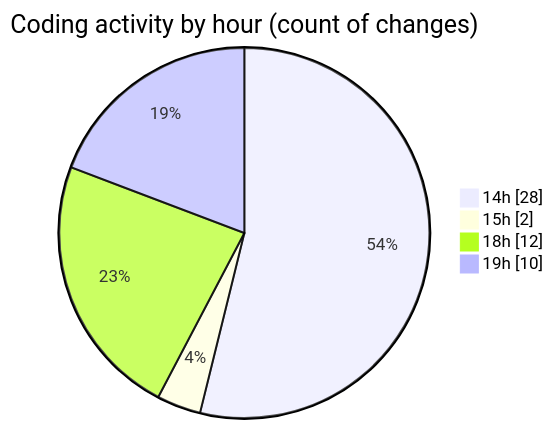
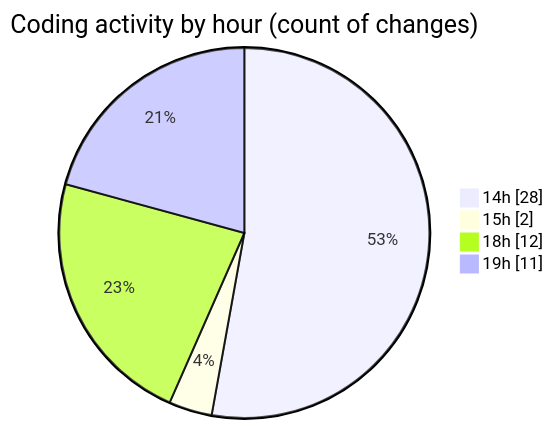
Before and after one commit to donsfak/code-tracking: the second of 2 diagrams in 2025-10-31/weather_insights_app/README.md, drawn with Mermaid. The commit also changed other lines of this file and 1 other file, not shown here.

````diff
--- a/2025-10-31/weather_insights_app/README.md
+++ b/2025-10-31/weather_insights_app/README.md
@@ -49,8 +49,8 @@
 ```mermaid
 pie showData
 title Coding activity by hour (count of changes)
 "14h" : 28
 "15h" : 2
 "18h" : 12
-"19h" : 10
+"19h" : 11
 ```
````
